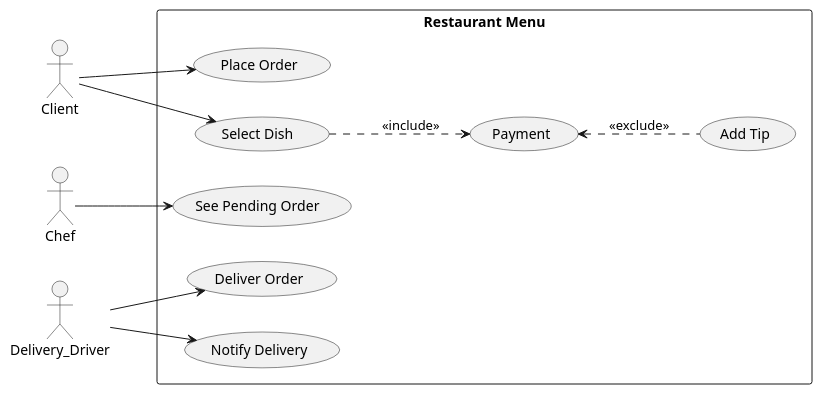
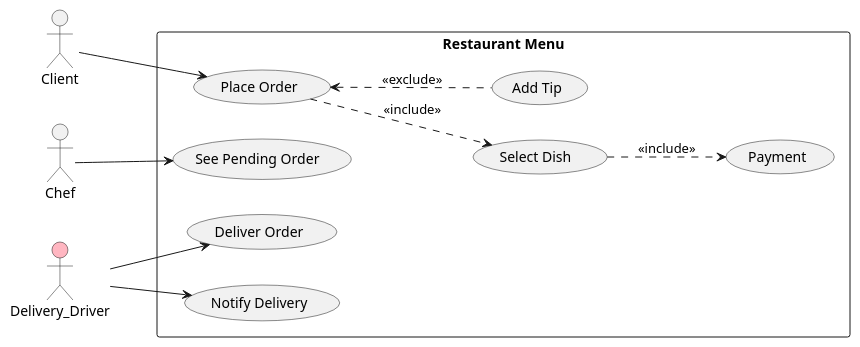
One commit to AminaMustafaa/OOPfromUMl changed the diagram in src/main/kotlin/uml/DCEx5(Restaurant).puml. Above: the diagram before and after it, drawn with PlantUML. The commit also changed 3 other files, not shown here.

```diff
--- a/src/main/kotlin/uml/DCEx5(Restaurant).puml
+++ b/src/main/kotlin/uml/DCEx5(Restaurant).puml
@@ -1,29 +1,30 @@
 @startuml
 'https://plantuml.com/class-diagram
 
 
 
 left to right direction
 actor Client
 actor Chef
-actor Delivery_Driver
+actor Delivery_Driver #lightpink
 
 rectangle "Restaurant Menu"{
     usecase "Place Order" as UC1
     usecase "See Pending Order " as UC2
     usecase "Deliver Order" as UC3
     usecase "Notify Delivery" as UC4
     usecase "Select Dish " as UC5
     usecase "Payment" as UC6
     usecase "Add Tip" as UC7
 }
 
 Client --> UC1
 Chef  --> UC2
+UC1 ..> UC5 : <<include>>
+UC1 <.. UC7 : <<exclude>>
+UC5 ..> UC6 : <<include>>
 Delivery_Driver --> UC3
 Delivery_Driver --> UC4
-Client--> UC5
-UC5 ..> UC6 : <<include>>
-UC6 <.. UC7 : <<exclude>>
+
 
 @enduml
```
